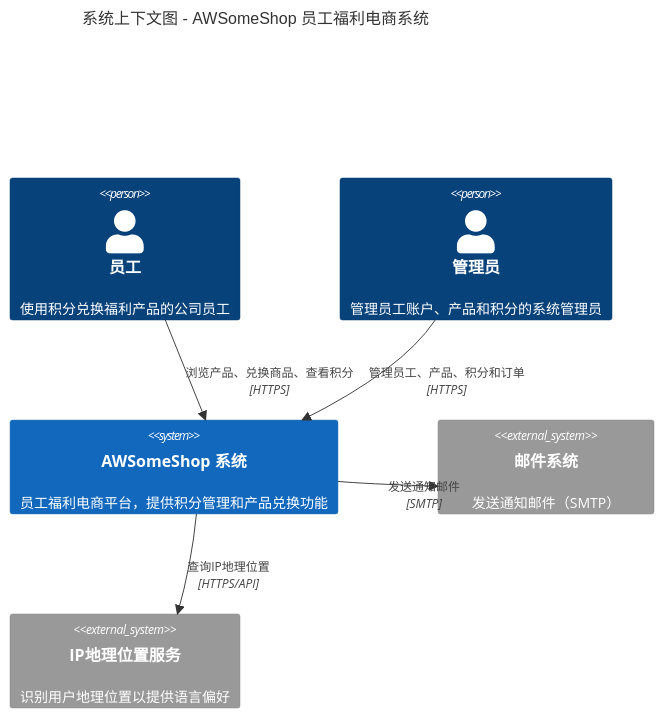
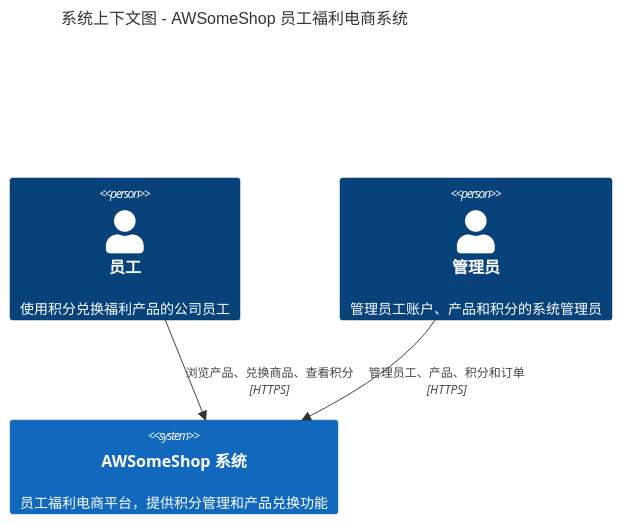
The first of 9 diagrams in .kiro/specs/awsome-shop/design.md (Holiver/ai-dlc-8), drawn with Mermaid before and after one commit. The commit also changed other lines of this file and 7 other files, not shown here.

````diff
--- a/.kiro/specs/awsome-shop/design.md
+++ b/.kiro/specs/awsome-shop/design.md
@@ -27,19 +26,14 @@
 ```mermaid
 C4Context
     title 系统上下文图 - AWSomeShop 员工福利电商系统
 
     Person(employee, "员工", "使用积分兑换福利产品的公司员工")
     Person(admin, "管理员", "管理员工账户、产品和积分的系统管理员")
     
     System(awsomeShop, "AWSomeShop 系统", "员工福利电商平台，提供积分管理和产品兑换功能")
     
-    System_Ext(emailSystem, "邮件系统", "发送通知邮件（SMTP）")
-    System_Ext(ipGeoService, "IP地理位置服务", "识别用户地理位置以提供语言偏好")
-    
     Rel(employee, awsomeShop, "浏览产品、兑换商品、查看积分", "HTTPS")
     Rel(admin, awsomeShop, "管理员工、产品、积分和订单", "HTTPS")
-    Rel(awsomeShop, emailSystem, "发送通知邮件", "SMTP")
-    Rel(awsomeShop, ipGeoService, "查询IP地理位置", "HTTPS/API")
     
     UpdateLayoutConfig($c4ShapeInRow="3", $c4BoundaryInRow="1")
 ```
````
